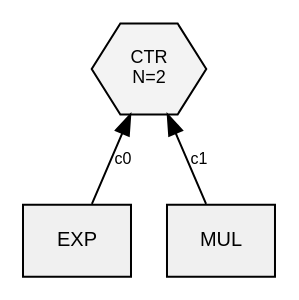
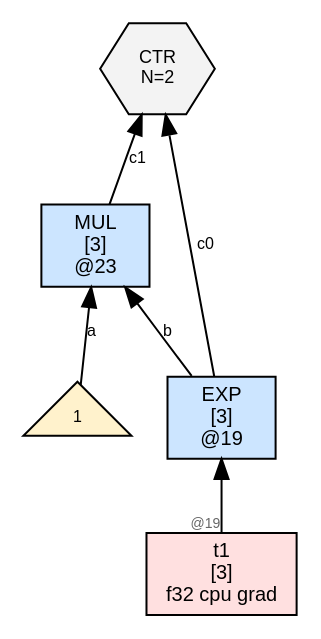
The diagram in wl/examples/thvm_graphs/grad_rules/exp/thvm_2_post_sweep.dot (sw1sh/TinyHVM), drawn with Graphviz before and after one commit. The commit also changed 309 other files, not shown here.

First line of the commit message:
grad: CTR at step 0; no external DUP; Leibniz visible in step 1

```diff
--- a/wl/examples/thvm_graphs/grad_rules/exp/thvm_2_post_sweep.dot
+++ b/wl/examples/thvm_graphs/grad_rules/exp/thvm_2_post_sweep.dot
@@ -1,11 +1,16 @@
 digraph G {
   rankdir=BT;
   node [fontname="Helvetica", fontsize=10, style=filled, shape=box, margin="0.1,0.05"];
   edge [fontsize=8, fontname="Helvetica"];
 
-  ctr23 [label="CTR\nN=2", shape=hexagon, fillcolor="#f3f3f3", fontsize=9];
-  n17 [label="EXP", shape=box, fillcolor="#f0f0f0"];
-  n17 -> ctr23 [label="c0"];
-  n19 [label="MUL", shape=box, fillcolor="#f0f0f0"];
-  n19 -> ctr23 [label="c1"];
+  n19 [label="EXP\n[3]\n@19", shape=box, fillcolor="#cce5ff"];
+  t1 [label="t1\n[3]\nf32 cpu grad",shape=box,fillcolor="#ffe0e0"];
+  t1 -> n19 [label="",taillabel="@19",labelfontsize=7,fontcolor="#666666"];
+  n23 [label="MUL\n[3]\n@23", shape=box, fillcolor="#cce5ff"];
+  num23_0 [label="1",shape=triangle,fillcolor="#fff2cc",fontsize=8];
+  num23_0 -> n23 [label="a"];
+  n19 -> n23 [label="b"];
+  ctr17 [label="CTR\nN=2", shape=hexagon, fillcolor="#f3f3f3", fontsize=9];
+  n19 -> ctr17 [label="c0"];
+  n23 -> ctr17 [label="c1"];
 }
```
